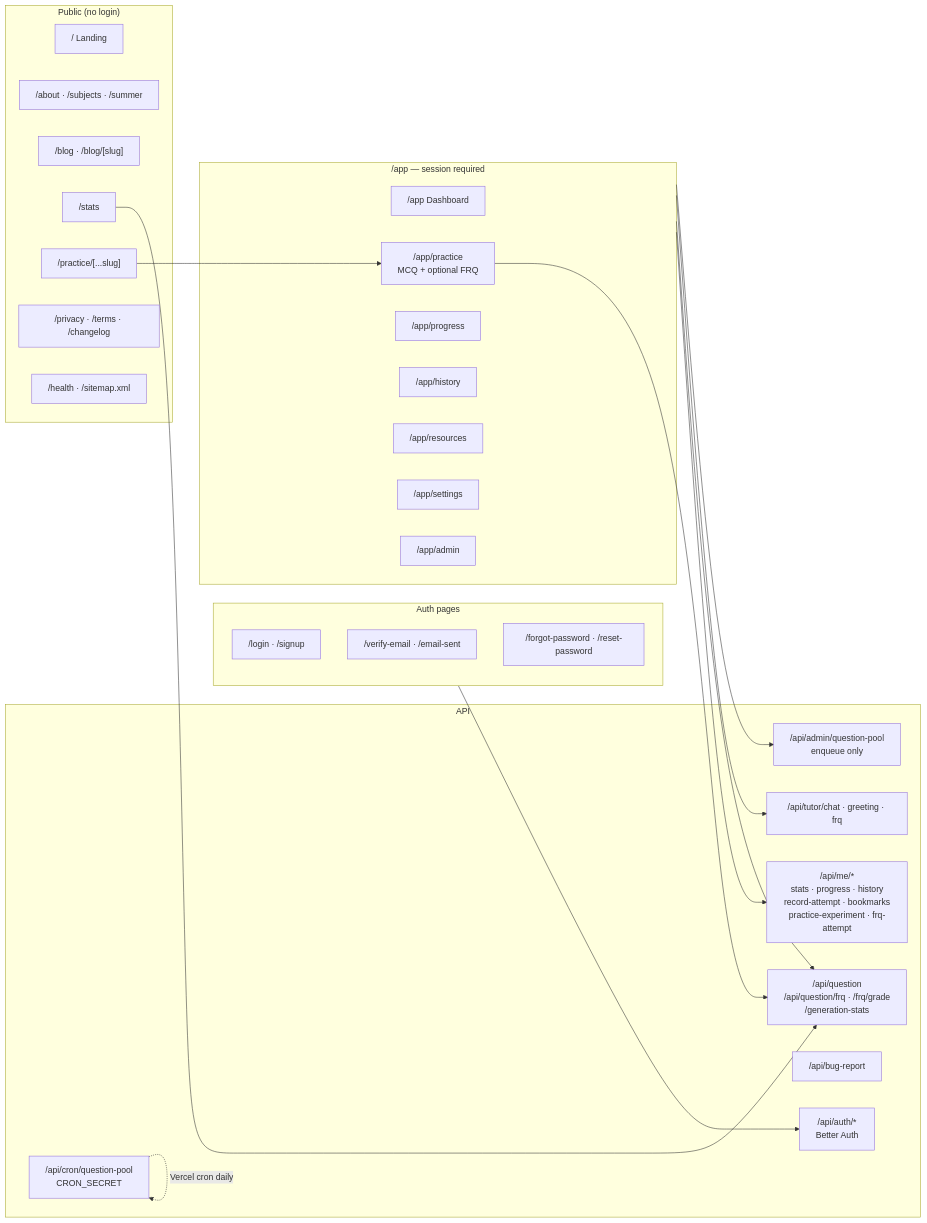
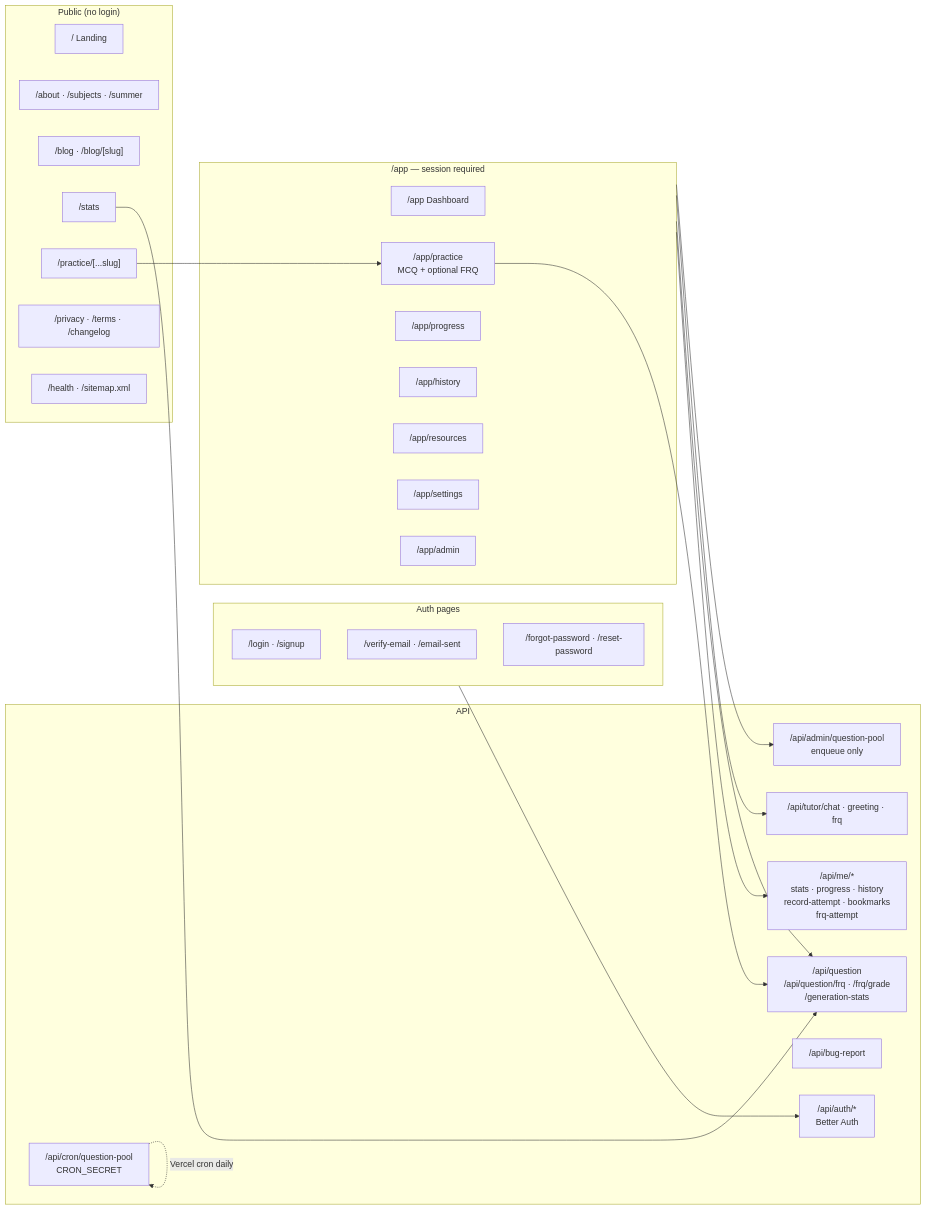
One commit to 5cisummai/freeappractice changed the third of 7 diagrams in docs/architecture.md. Above: the diagram before and after it, drawn with Mermaid. The commit also changed 28 other files, not shown here.

````diff
--- a/docs/architecture.md
+++ b/docs/architecture.md
@@ -120,48 +120,48 @@
 ```mermaid
 flowchart LR
     subgraph Public["Public (no login)"]
         P1["/ Landing"]
         P2["/about · /subjects · /summer"]
         P3["/blog · /blog/[slug]"]
         P4["/stats"]
         P5["/practice/[...slug]"]
         P6["/privacy · /terms · /changelog"]
         P7["/health · /sitemap.xml"]
     end
 
     subgraph AuthPages["Auth pages"]
         A1["/login · /signup"]
         A2["/verify-email · /email-sent"]
         A3["/forgot-password · /reset-password"]
     end
 
     subgraph App["/app — session required"]
         D["/app Dashboard"]
         PR["/app/practice<br/>MCQ + optional FRQ"]
         PG["/app/progress"]
         HI["/app/history"]
         RS["/app/resources"]
         ST["/app/settings"]
         AD["/app/admin"]
     end
 
     subgraph API["API"]
         AUTH["/api/auth/*<br/>Better Auth"]
         Q["/api/question<br/>/api/question/frq · /frq/grade<br/>/generation-stats"]
-        ME["/api/me/*<br/>stats · progress · history<br/>record-attempt · bookmarks<br/>practice-experiment · frq-attempt"]
+        ME["/api/me/*<br/>stats · progress · history<br/>record-attempt · bookmarks<br/>frq-attempt"]
         T["/api/tutor/chat · greeting · frq"]
         BR["/api/bug-report"]
         CRON["/api/cron/question-pool<br/>CRON_SECRET"]
         ADMINQ["/api/admin/question-pool<br/>enqueue only"]
     end
 
     AuthPages --> AUTH
     App --> ME
     App --> Q
     App --> T
     App --> ADMINQ
     PR --> Q
     P4 --> Q
     P5 --> PR
     CRON -.->|"Vercel cron daily"| CRON
 ```
````
